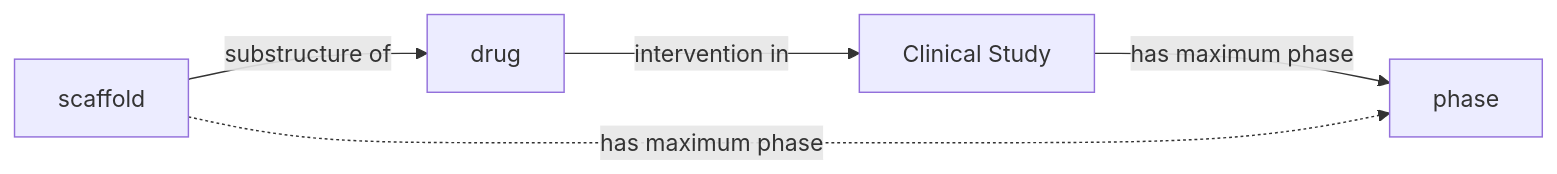
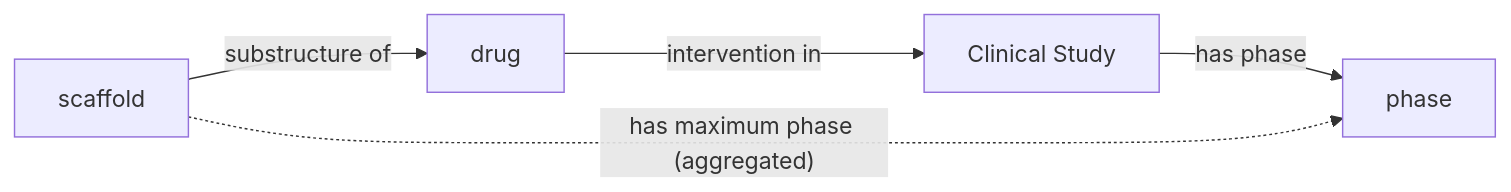
Before and after one commit to cthoyt/cthoyt.github.io: the second of 7 diagrams in _posts/2025-01-23-clinical-trials-model.md, drawn with Mermaid. The commit also changed other lines of this file, not shown here.

````diff
--- a/_posts/2025-01-23-clinical-trials-model.md
+++ b/_posts/2025-01-23-clinical-trials-model.md
@@ -259,5 +261,5 @@
 ```mermaid
    graph LR
-     scaffold -- substructure of --> drug -- intervention in --> trial[Clinical Study] -- has maximum phase --> phase
-     scaffold -. has maximum phase .-> phase
+     scaffold -- substructure of --> drug -- intervention in --> trial[Clinical Study] -- has phase --> phase
+     scaffold -. has maximum phase (aggregated) .-> phase
 ```
````
